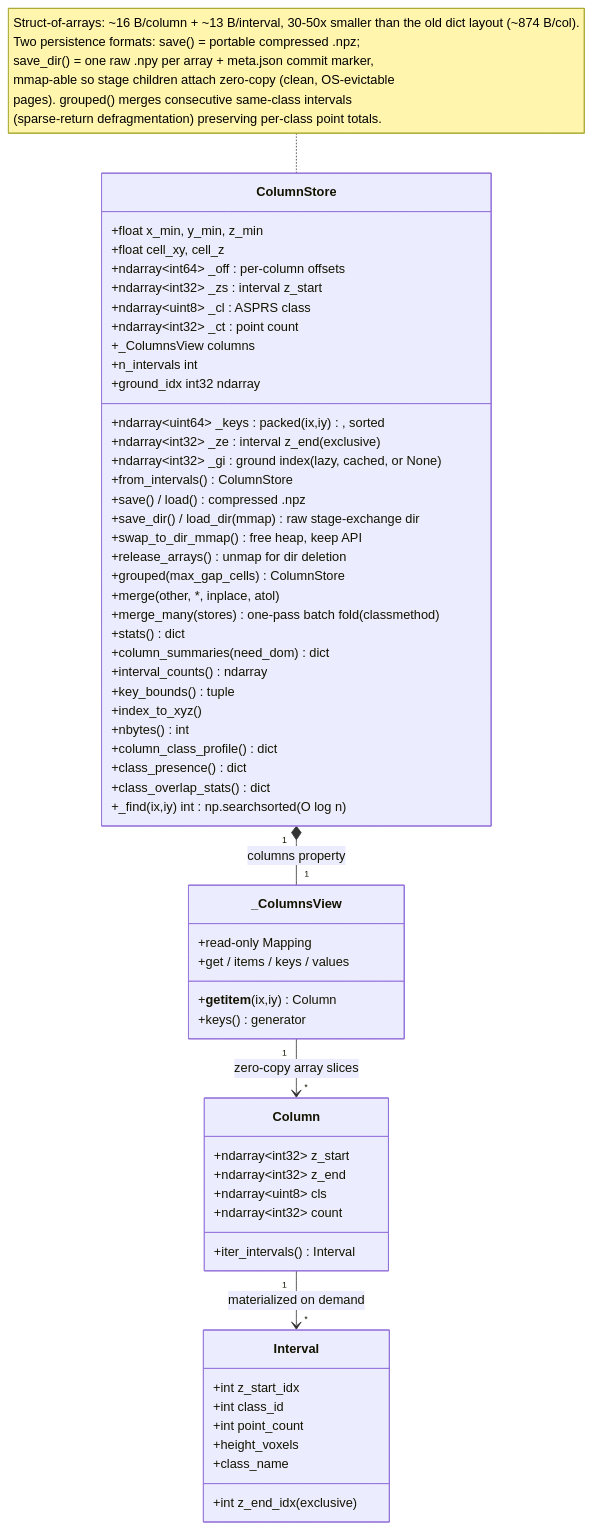
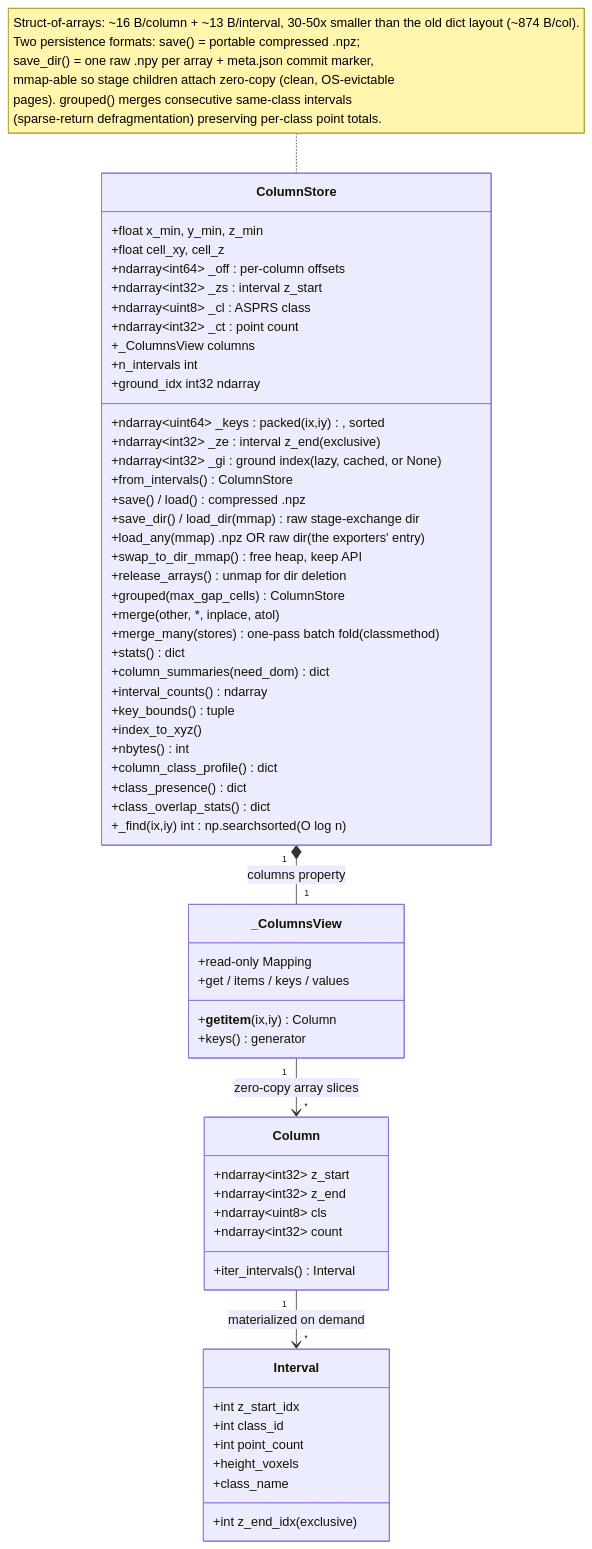
Before and after one commit to VCityTeam/UD-IArbre-Research: the second of 8 diagrams in voxelisation/voxelising-python/diagrams/pipeline_dataflow_diagram.md, drawn with Mermaid. The commit also changed other lines of this file and 32 other files, not shown here.

````diff
--- a/voxelisation/voxelising-python/diagrams/pipeline_dataflow_diagram.md
+++ b/voxelisation/voxelising-python/diagrams/pipeline_dataflow_diagram.md
@@ -158,68 +158,69 @@
 ```mermaid
 classDiagram
     class ColumnStore {
         +float x_min, y_min, z_min
         +float cell_xy, cell_z
         +ndarray~uint64~ _keys : packed (ix,iy), sorted
         +ndarray~int64~ _off : per-column offsets
         +ndarray~int32~ _zs : interval z_start
         +ndarray~int32~ _ze : interval z_end (exclusive)
         +ndarray~uint8~ _cl : ASPRS class
         +ndarray~int32~ _ct : point count
         +ndarray~int32~ _gi : ground index (lazy, cached, or None)
         +_ColumnsView columns
         +from_intervals() ColumnStore
         +save() / load()  compressed .npz
         +save_dir() / load_dir(mmap)  raw stage-exchange dir
+        +load_any(mmap)  .npz OR raw dir (the exporters' entry)
         +swap_to_dir_mmap()  free heap, keep API
         +release_arrays()  unmap for dir deletion
         +grouped(max_gap_cells) ColumnStore
         +merge(other, *, inplace, atol)
         +merge_many(stores) : one-pass batch fold (classmethod)
         +stats() dict
         +column_summaries(need_dom) dict
         +interval_counts() ndarray
         +key_bounds() tuple
         +index_to_xyz()
         +n_intervals int
         +ground_idx int32 ndarray
         +nbytes() int
         +column_class_profile() dict
         +class_presence() dict
         +class_overlap_stats() dict
         +_find(ix,iy) int : np.searchsorted (O log n)
     }
     class _ColumnsView {
         +read-only Mapping
         +__getitem__(ix,iy) Column
         +get / items / keys / values
         +keys() generator
     }
     class Column {
         +ndarray~int32~ z_start
         +ndarray~int32~ z_end
         +ndarray~uint8~ cls
         +ndarray~int32~ count
         +iter_intervals() Interval
     }
     class Interval {
         +int z_start_idx
         +int z_end_idx (exclusive)
         +int class_id
         +int point_count
         +height_voxels
         +class_name
     }
 
     ColumnStore "1" *-- "1" _ColumnsView : columns property
     _ColumnsView "1" --> "*" Column : zero-copy array slices
     Column "1" --> "*" Interval : materialized on demand
 
     note for ColumnStore "Struct-of-arrays: ~16 B/column + ~13 B/interval,
     30-50x smaller than the old dict layout (~874 B/col).
     Two persistence formats: save() = portable compressed .npz;
     save_dir() = one raw .npy per array + meta.json commit marker,
     mmap-able so stage children attach zero-copy (clean, OS-evictable
     pages). grouped() merges consecutive same-class intervals
     (sparse-return defragmentation) preserving per-class point totals."
 ```
````
